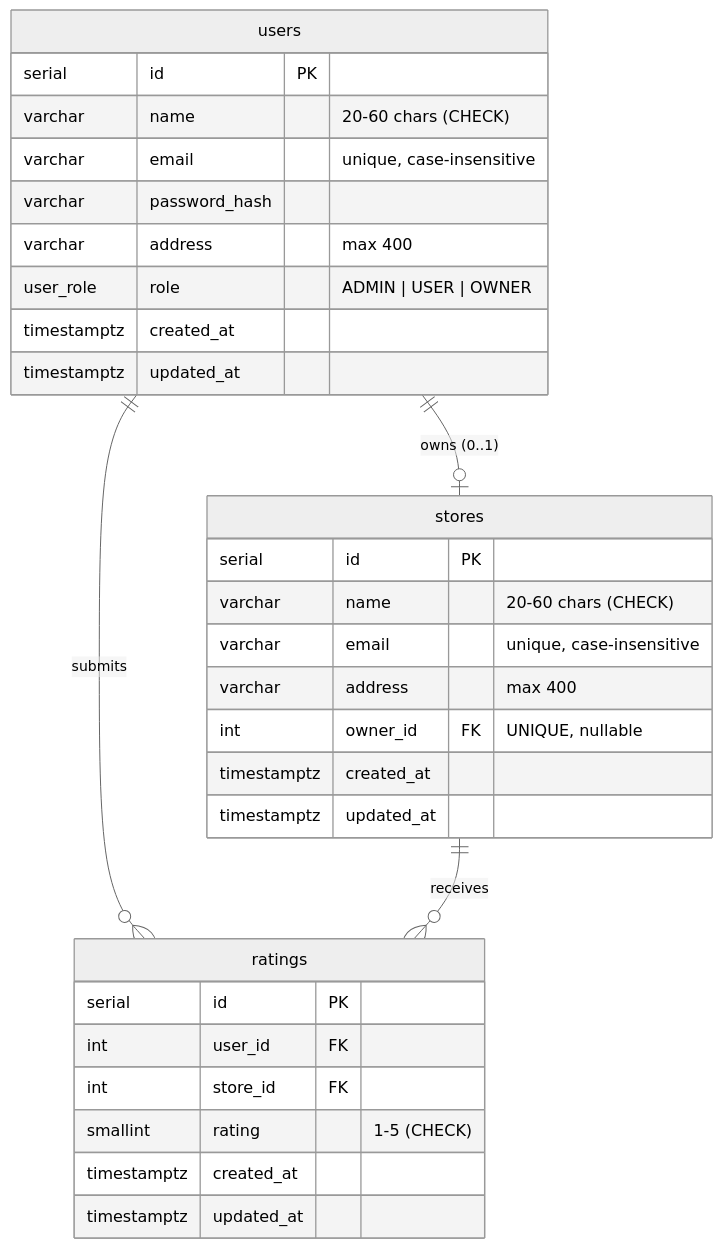
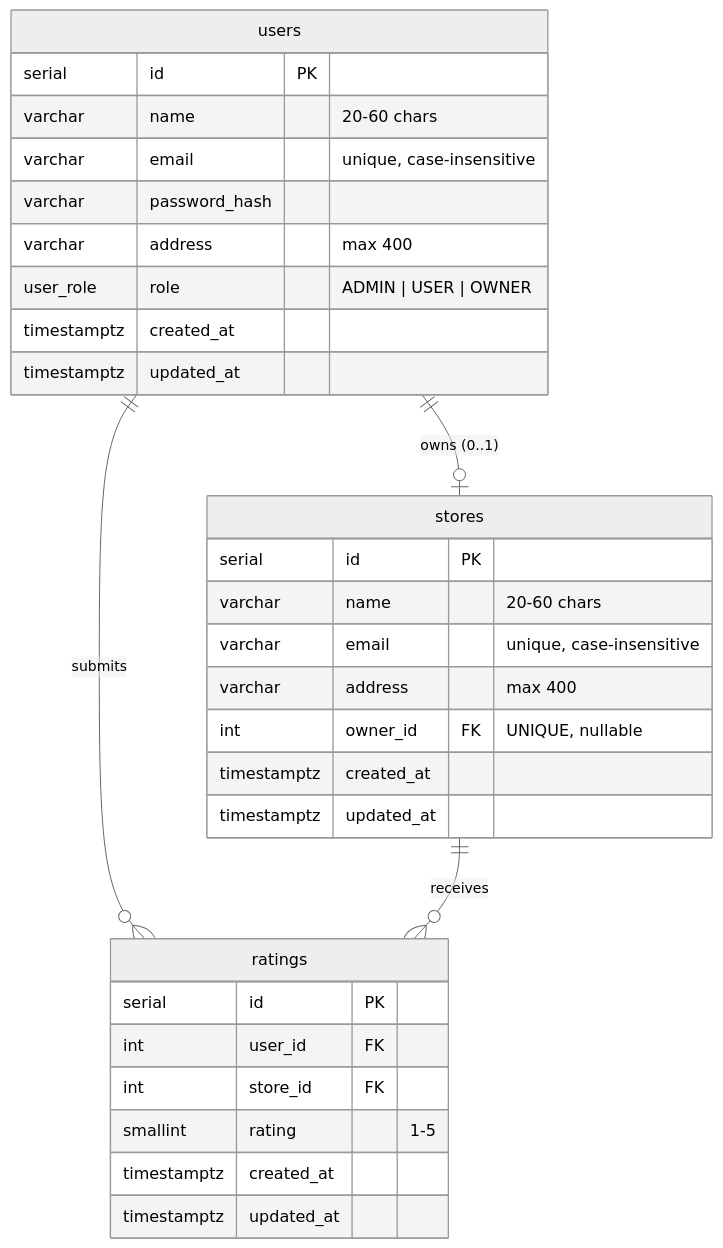
Before and after one commit to ShagunRaj9274/store-rating-platform: the diagram in README.md, drawn with Mermaid (neutral theme). The commit also changed other lines of this file, not shown here.

Commit message:
docs: architecture, auth flow, testing and roadmap

````diff
--- a/README.md
+++ b/README.md
@@ -103,34 +123,36 @@
 ```mermaid
 erDiagram
     users ||--o| stores : "owns (0..1)"
     users ||--o{ ratings : submits
     stores ||--o{ ratings : receives
 
     users {
         serial id PK
-        varchar name "20-60 chars (CHECK)"
+        varchar name "20-60 chars"
         varchar email "unique, case-insensitive"
         varchar password_hash
         varchar address "max 400"
         user_role role "ADMIN | USER | OWNER"
         timestamptz created_at
         timestamptz updated_at
     }
+
     stores {
         serial id PK
-        varchar name "20-60 chars (CHECK)"
+        varchar name "20-60 chars"
         varchar email "unique, case-insensitive"
         varchar address "max 400"
         int owner_id FK "UNIQUE, nullable"
         timestamptz created_at
         timestamptz updated_at
     }
+
     ratings {
         serial id PK
         int user_id FK
         int store_id FK
-        smallint rating "1-5 (CHECK)"
+        smallint rating "1-5"
         timestamptz created_at
         timestamptz updated_at
     }
 ```
````
